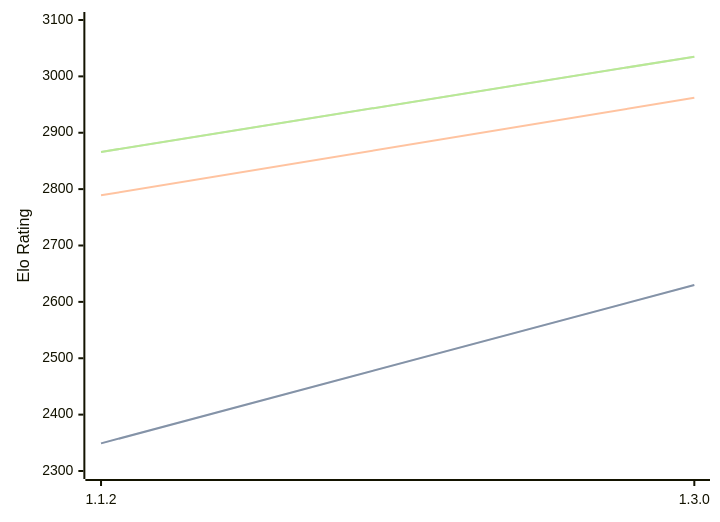
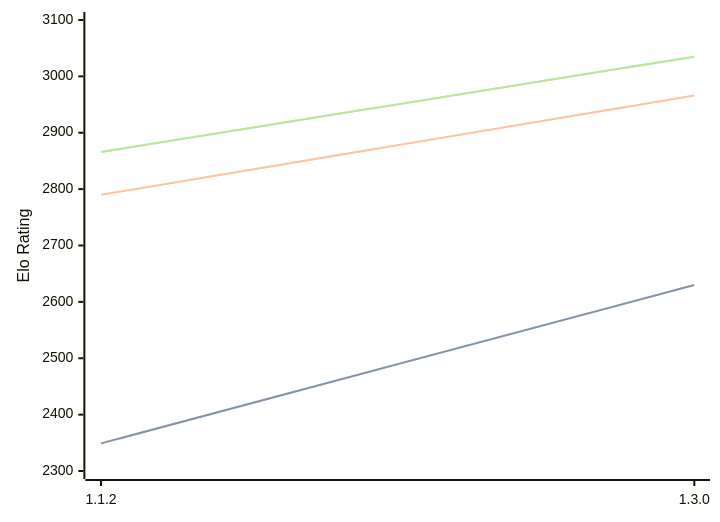
The diagram in engines/Ember.md (computer-chess-index/cci), drawn with Mermaid before and after one commit. The commit also changed other lines of this file, not shown here.

````diff
--- a/engines/Ember.md
+++ b/engines/Ember.md
@@ -41,11 +41,11 @@
 ```mermaid
 %%{init: {"theme":"base","themeVariables":{"seriesColors:['#a3a3a3','#222221','#faa371']}}}%%
 xychart-beta
   x-axis ["1.1.2", "1.3.0"]
   y-axis "Elo Rating" 2300 --> 3100
   line "" [2349, 2630]
   line "STC (8.0+0.08s)" [2349, 2630]
-  line "LTC (60.0+0.60s)" [2789, 2962]
+  line "LTC (60.0+0.60s)" [2790, 2966]
   line "" [2866, 3035]
   line "VLTC (2m24s+1.12s)" [2866, 3035]
 ```
````
